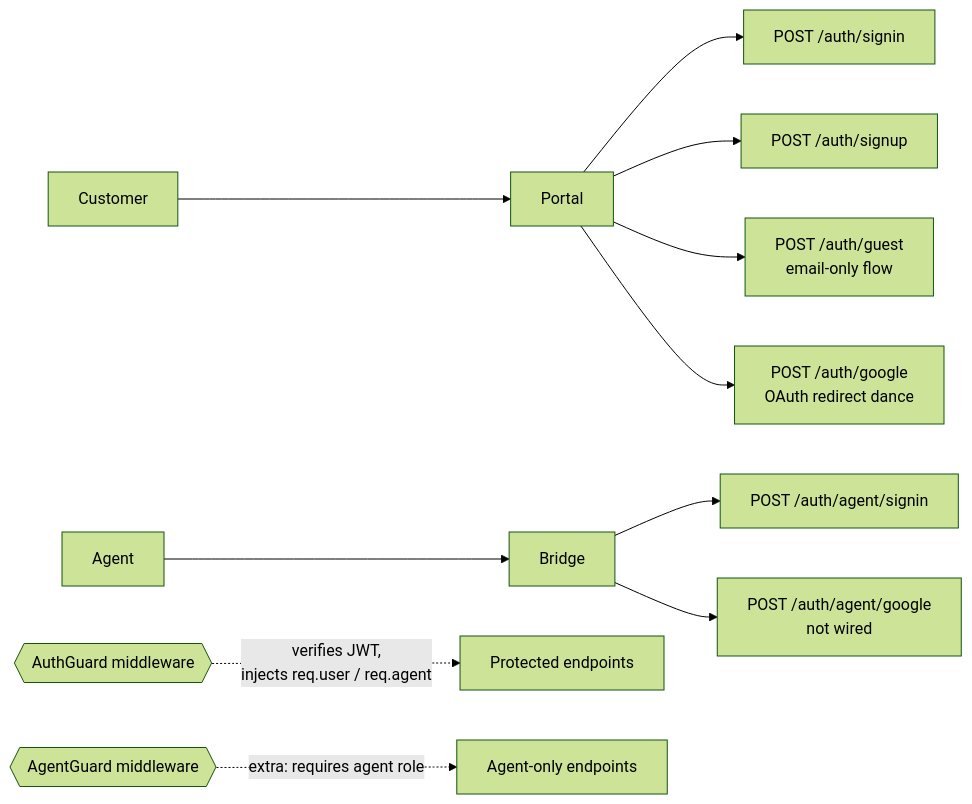
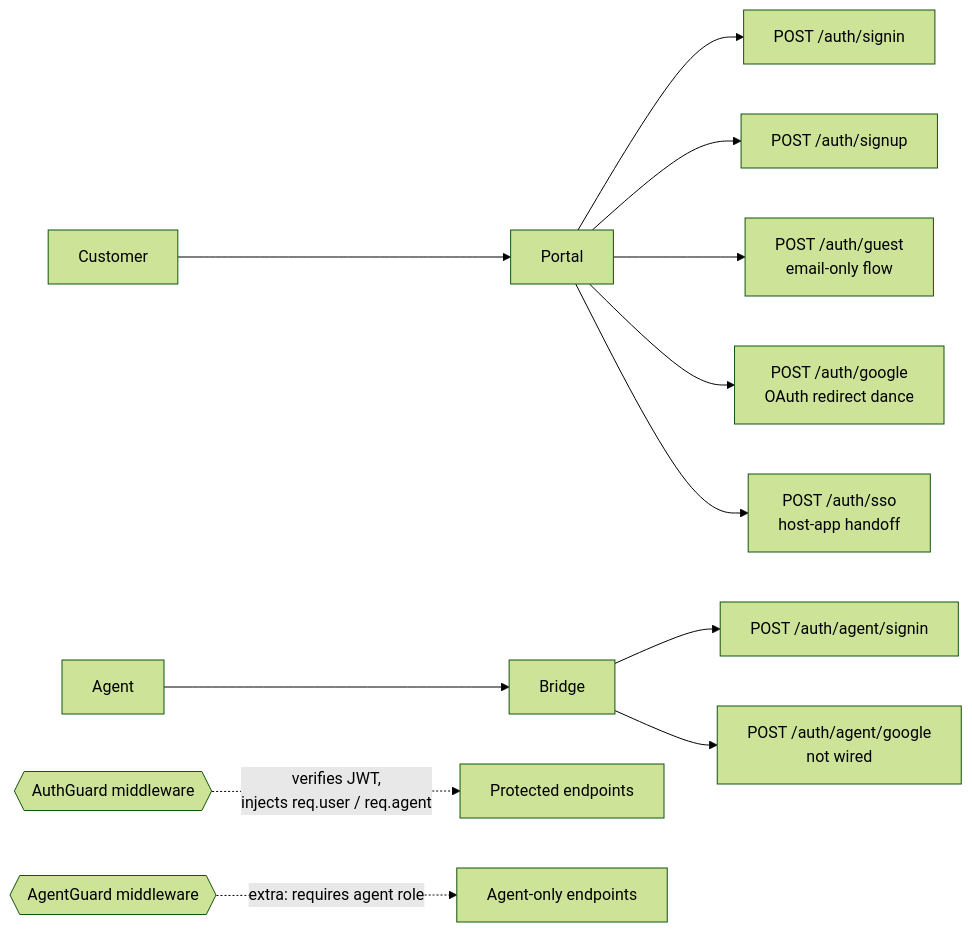
Before and after one commit to Vignesh-Siva96/tmr_athena: the first of 4 diagrams in docs/atlas/auth.md, drawn with Mermaid (forest theme). The commit also changed other lines of this file and 77 other files, not shown here.

Commit message:
feat(MCP): Updated email flow and other changes

````diff
--- a/docs/atlas/auth.md
+++ b/docs/atlas/auth.md
@@ -23,17 +23,18 @@
 ```mermaid
 flowchart LR
   Customer[Customer] --> Portal
   Portal --> EP[POST /auth/signin]
   Portal --> SU[POST /auth/signup]
   Portal --> Guest[POST /auth/guest<br/>email-only flow]
   Portal --> GO[POST /auth/google<br/>OAuth redirect dance]
+  Portal --> SSO[POST /auth/sso<br/>host-app handoff]
 
   Agent[Agent] --> Bridge
   Bridge --> AS[POST /auth/agent/signin]
   Bridge --> AG[POST /auth/agent/google<br/>not wired]
 
   AuthGuard{{AuthGuard middleware}}
   AgentGuard{{AgentGuard middleware}}
   AuthGuard -.->|verifies JWT,<br/>injects req.user / req.agent| Protected[Protected endpoints]
   AgentGuard -.->|extra: requires agent role| AgentOnly[Agent-only endpoints]
 ```
````
